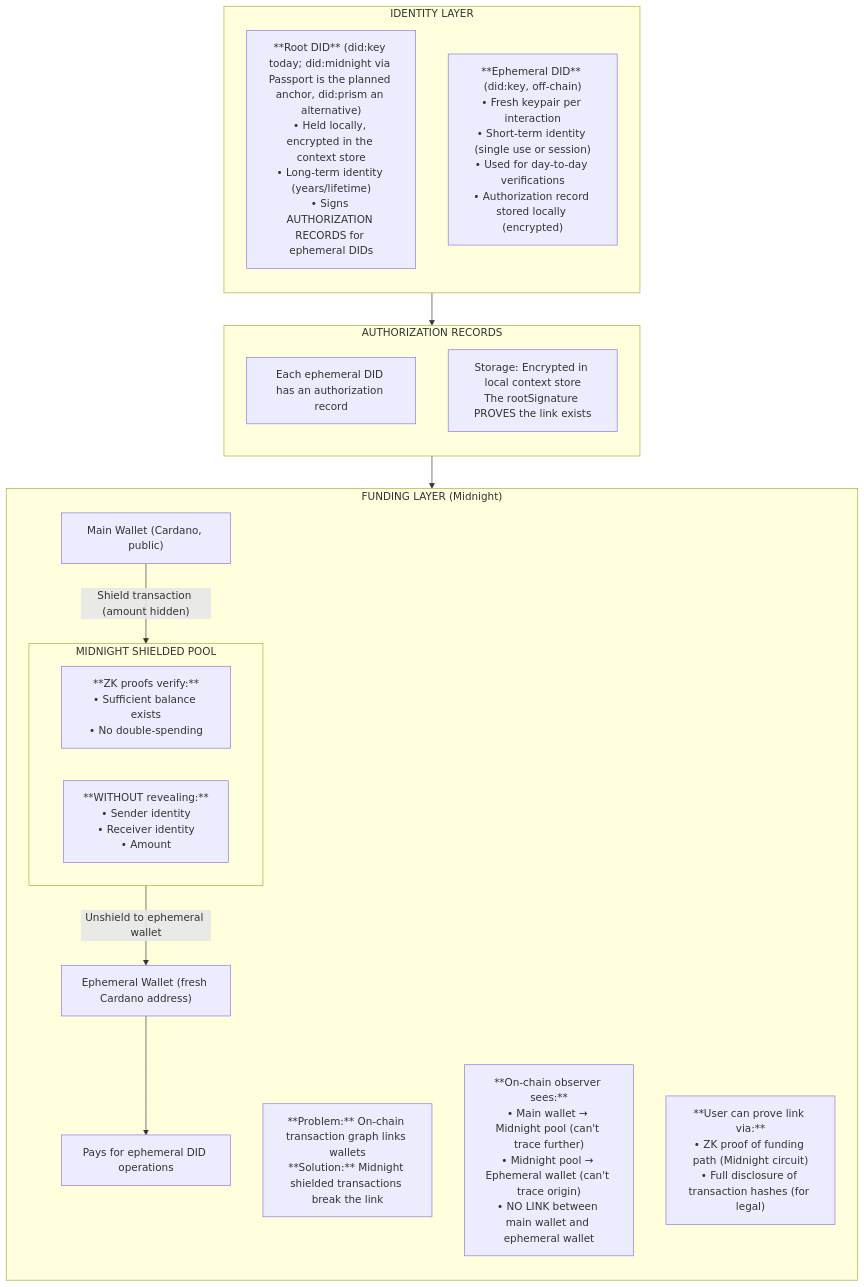
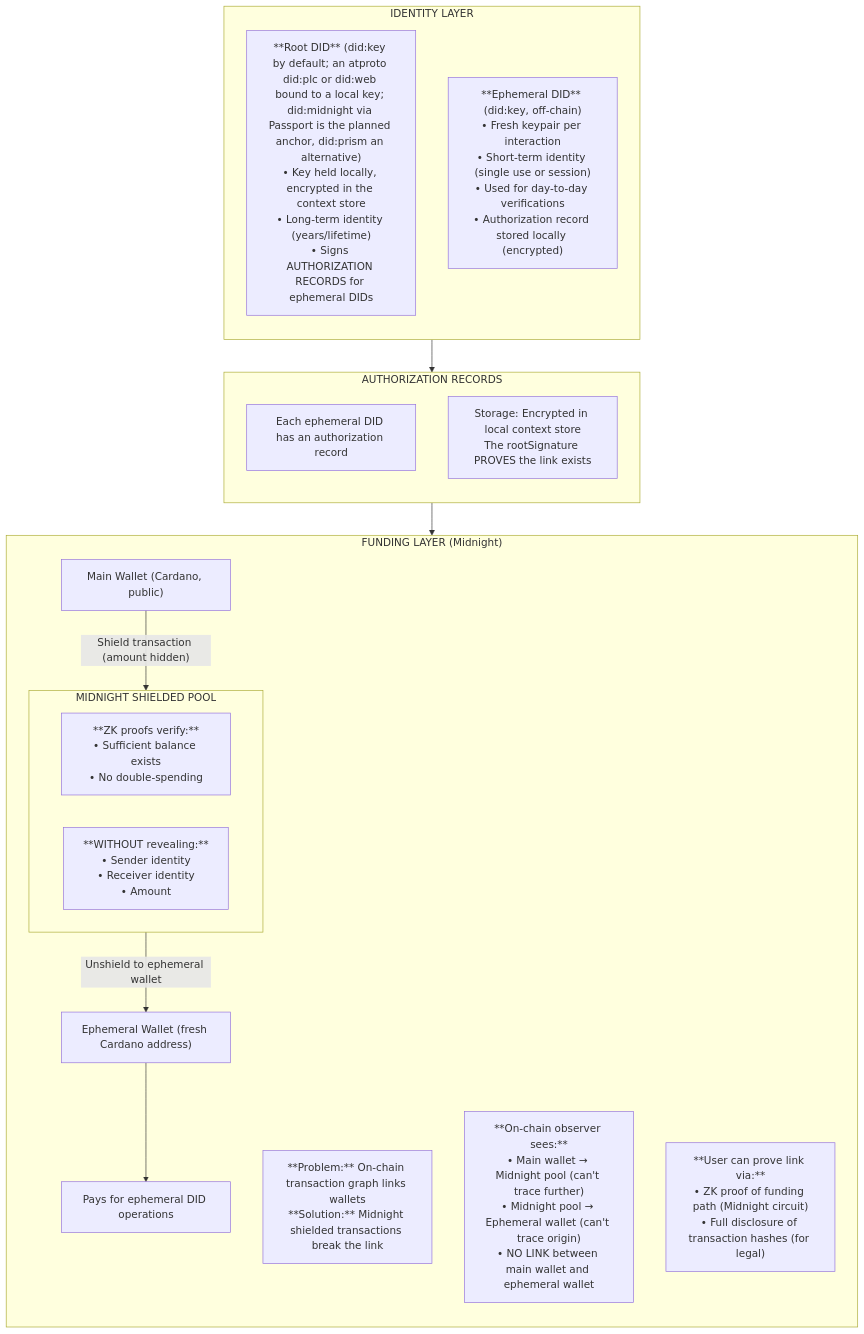
Before and after one commit to freehold-earth/freehold: the diagram in docs/concepts/identity-privacy-model.md, drawn with Mermaid. The commit also changed other lines of this file and 3 other files, not shown here.

First line of the commit message:
Document external roots and the atproto identity integration

````diff
--- a/docs/concepts/identity-privacy-model.md
+++ b/docs/concepts/identity-privacy-model.md
@@ -36,40 +36,40 @@
 ```mermaid
 flowchart TB
     subgraph IdentityLayer["IDENTITY LAYER"]
         direction TB
-        RootDID["**Root DID** (did:key today; did:midnight via Passport is the planned anchor, did:prism an alternative)<br/>• Held locally, encrypted in the context store<br/>• Long-term identity (years/lifetime)<br/>• Signs AUTHORIZATION RECORDS for ephemeral DIDs"]
+        RootDID["**Root DID** (did:key by default; an atproto did:plc or did:web bound to a local key; did:midnight via Passport is the planned anchor, did:prism an alternative)<br/>• Key held locally, encrypted in the context store<br/>• Long-term identity (years/lifetime)<br/>• Signs AUTHORIZATION RECORDS for ephemeral DIDs"]
         EphemeralDID["**Ephemeral DID** (did:key, off-chain)<br/>• Fresh keypair per interaction<br/>• Short-term identity (single use or session)<br/>• Used for day-to-day verifications<br/>• Authorization record stored locally (encrypted)"]
     end
 
     subgraph AuthRecords["AUTHORIZATION RECORDS"]
         direction TB
         RecordDesc["Each ephemeral DID has an authorization record"]
         RecordExample["Storage: Encrypted in local context store<br/>The rootSignature PROVES the link exists"]
     end
 
     subgraph FundingLayer["FUNDING LAYER (Midnight)"]
         direction TB
         Problem["**Problem:** On-chain transaction graph links wallets<br/>**Solution:** Midnight shielded transactions break the link"]
 
         MainWallet["Main Wallet (Cardano, public)"]
 
         subgraph ShieldedPool["MIDNIGHT SHIELDED POOL"]
             PoolVerify["**ZK proofs verify:**<br/>• Sufficient balance exists<br/>• No double-spending"]
             PoolHide["**WITHOUT revealing:**<br/>• Sender identity<br/>• Receiver identity<br/>• Amount"]
         end
 
         EphemeralWallet["Ephemeral Wallet (fresh Cardano address)"]
         Operations["Pays for ephemeral DID operations"]
 
         Observer["**On-chain observer sees:**<br/>• Main wallet → Midnight pool (can't trace further)<br/>• Midnight pool → Ephemeral wallet (can't trace origin)<br/>• NO LINK between main wallet and ephemeral wallet"]
 
         UserProof["**User can prove link via:**<br/>• ZK proof of funding path (Midnight circuit)<br/>• Full disclosure of transaction hashes (for legal)"]
 
         MainWallet -->|"Shield transaction (amount hidden)"| ShieldedPool
         ShieldedPool -->|"Unshield to ephemeral wallet"| EphemeralWallet
         EphemeralWallet --> Operations
     end
 
     IdentityLayer --> AuthRecords
     AuthRecords --> FundingLayer
 ```
````
